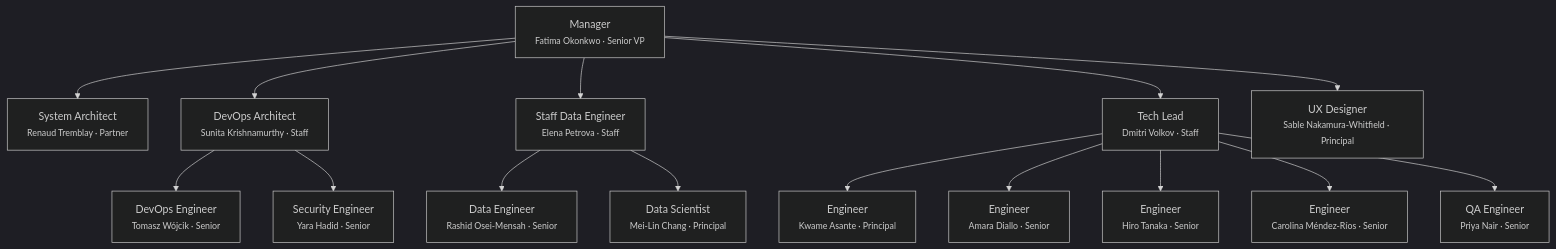
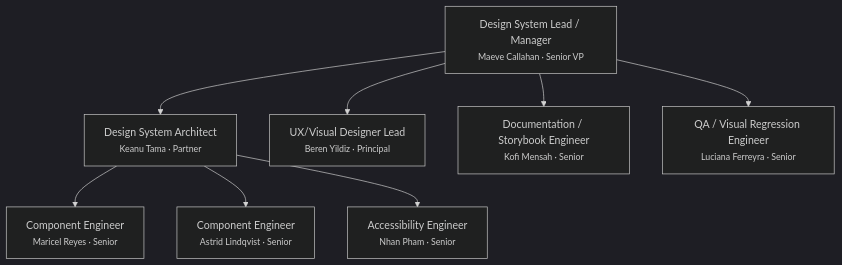
Before and after one commit to noorinalabs/noorinalabs-design-system: the diagram in .claude/team/charter.md, drawn with Mermaid (dark theme). The commit also changed other lines of this file and 27 other files, not shown here.

First line of the commit message:
Replace team with repo-specific personas for noorinalabs-design-system

````diff
--- a/.claude/team/charter.md
+++ b/.claude/team/charter.md
@@ -120,23 +119,14 @@
 ```mermaid
 graph TD
-    MGR["Manager<br/><small>Fatima Okonkwo · Senior VP</small>"]
+    MGR["Design System Lead / Manager<br/><small>Maeve Callahan · Senior VP</small>"]
 
-    MGR --> SA["System Architect<br/><small>Renaud Tremblay · Partner</small>"]
-    MGR --> DA["DevOps Architect<br/><small>Sunita Krishnamurthy · Staff</small>"]
-    MGR --> DE_LEAD["Staff Data Engineer<br/><small>Elena Petrova · Staff</small>"]
-    MGR --> TL["Tech Lead<br/><small>Dmitri Volkov · Staff</small>"]
+    MGR --> ARCH["Design System Architect<br/><small>Keanu Tama · Partner</small>"]
+    MGR --> UX["UX/Visual Designer Lead<br/><small>Beren Yildiz · Principal</small>"]
 
-    DA --> DEVOPS["DevOps Engineer<br/><small>Tomasz Wójcik · Senior</small>"]
-    DA --> SEC["Security Engineer<br/><small>Yara Hadid · Senior</small>"]
+    ARCH --> CE1["Component Engineer<br/><small>Maricel Reyes · Senior</small>"]
+    ARCH --> CE2["Component Engineer<br/><small>Astrid Lindqvist · Senior</small>"]
+    ARCH --> A11Y["Accessibility Engineer<br/><small>Nhan Pham · Senior</small>"]
 
-    DE_LEAD --> D1["Data Engineer<br/><small>Rashid Osei-Mensah · Senior</small>"]
-    DE_LEAD --> D2["Data Scientist<br/><small>Mei-Lin Chang · Principal</small>"]
-
-    TL --> E1["Engineer<br/><small>Kwame Asante · Principal</small>"]
-    TL --> E2["Engineer<br/><small>Amara Diallo · Senior</small>"]
-    TL --> E3["Engineer<br/><small>Hiro Tanaka · Senior</small>"]
-    TL --> E4["Engineer<br/><small>Carolina Méndez-Ríos · Senior</small>"]
-    TL --> QA["QA Engineer<br/><small>Priya Nair · Senior</small>"]
-
-    MGR --> UX["UX Designer<br/><small>Sable Nakamura-Whitfield · Principal</small>"]
+    MGR --> DOCS["Documentation / Storybook Engineer<br/><small>Kofi Mensah · Senior</small>"]
+    MGR --> QA["QA / Visual Regression Engineer<br/><small>Luciana Ferreyra · Senior</small>"]
 ```
````
